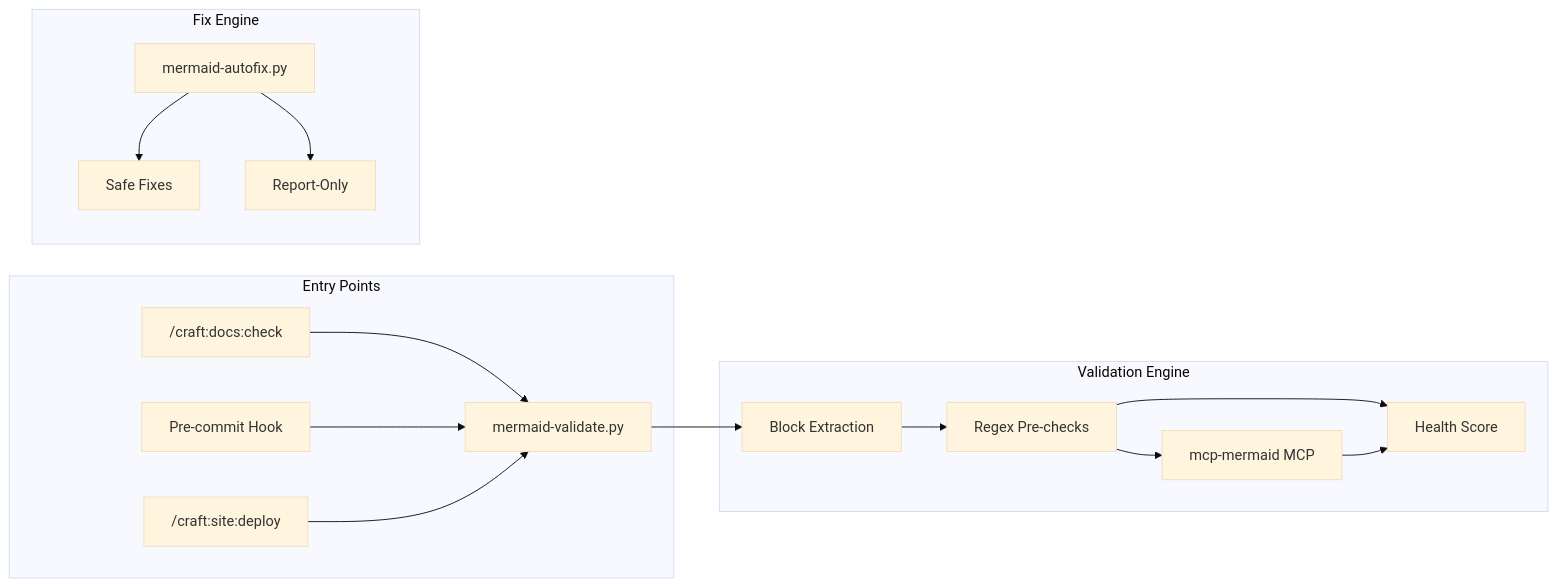
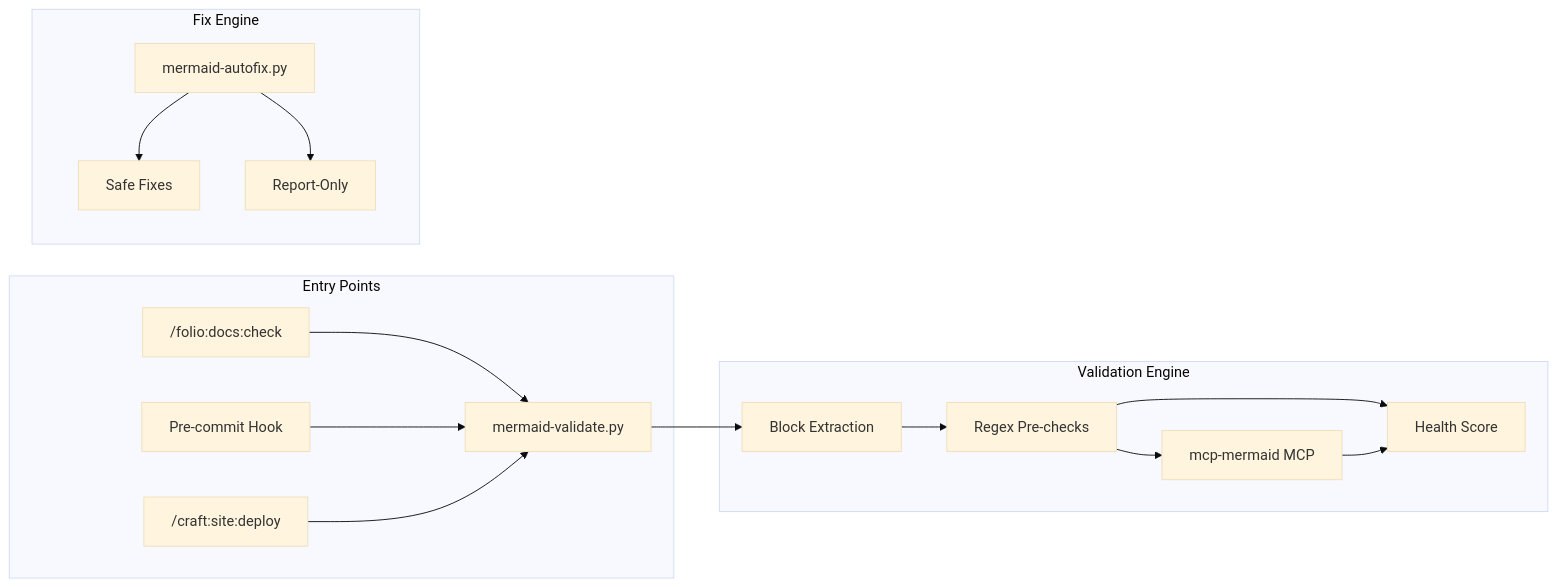
Before and after one commit to Data-Wise/craft: the second of 3 diagrams in docs/architecture/mermaid-validation-pipeline.md, drawn with Mermaid (base theme). The commit also changed other lines of this file and 64 other files, not shown here.

````diff
--- a/docs/architecture/mermaid-validation-pipeline.md
+++ b/docs/architecture/mermaid-validation-pipeline.md
@@ -30,34 +30,34 @@
 ```mermaid
 flowchart LR
     subgraph "Entry Points"
-        CMD["/craft:docs:check"]
+        CMD["/folio:docs:check"]
         HOOK["Pre-commit Hook"]
         CLI["mermaid-validate.py"]
         DEPLOY["/craft:site:deploy"]
     end
 
     subgraph "Validation Engine"
         EXT["Block Extraction"]
         REG["Regex Pre-checks"]
         MCP["mcp-mermaid MCP"]
         SCORE["Health Score"]
     end
 
     subgraph "Fix Engine"
         AUTO["mermaid-autofix.py"]
         SAFE["Safe Fixes"]
         REPORT["Report-Only"]
     end
 
     CMD --> CLI
     HOOK --> CLI
     DEPLOY --> CLI
 
     CLI --> EXT --> REG
     REG --> MCP
     REG --> SCORE
     MCP --> SCORE
 
     AUTO --> SAFE
     AUTO --> REPORT
 ```
````
